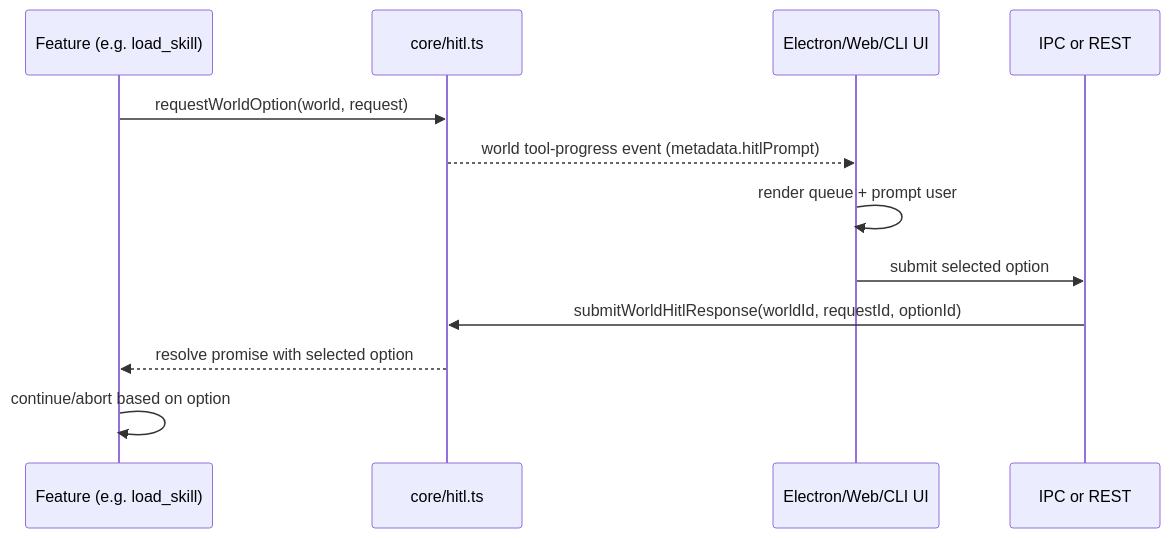
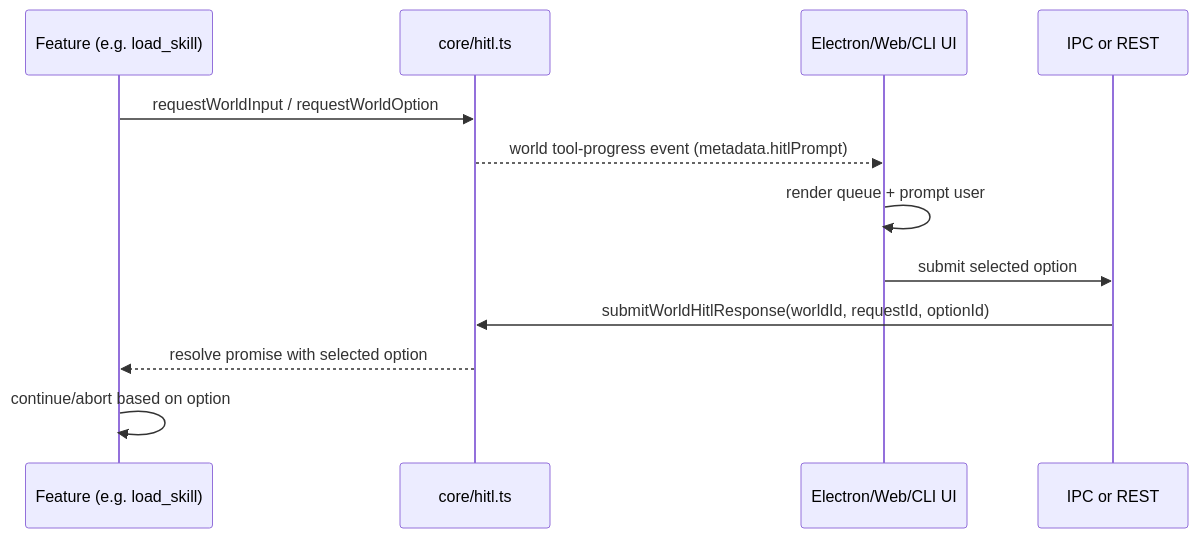
One commit to yysun/agent-world changed the diagram in docs/hitl-approval-flow.md. Above: the diagram before and after it, drawn with Mermaid. The commit also changed other lines of this file and 37 other files, not shown here.

````diff
--- a/docs/hitl-approval-flow.md
+++ b/docs/hitl-approval-flow.md
@@ -169,15 +176,15 @@
 ```mermaid
 sequenceDiagram
     participant Feature as Feature (e.g. load_skill)
     participant Core as core/hitl.ts
     participant Client as Electron/Web/CLI UI
     participant Bridge as IPC or REST
 
-    Feature->>Core: requestWorldOption(world, request)
+    Feature->>Core: requestWorldInput / requestWorldOption
     Core-->>Client: world tool-progress event (metadata.hitlPrompt)
     Client->>Client: render queue + prompt user
     Client->>Bridge: submit selected option
     Bridge->>Core: submitWorldHitlResponse(worldId, requestId, optionId)
     Core-->>Feature: resolve promise with selected option
     Feature->>Feature: continue/abort based on option
 ```
````
